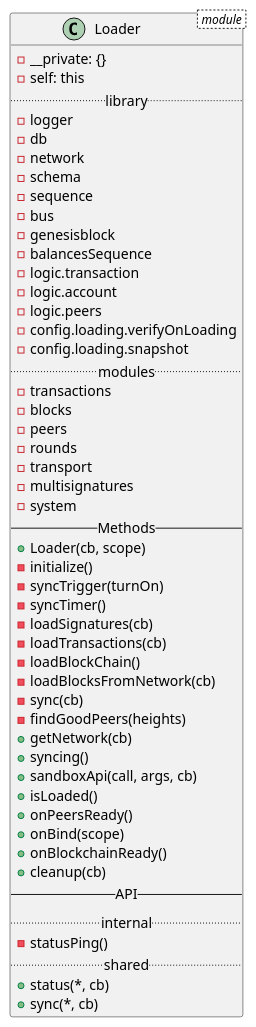
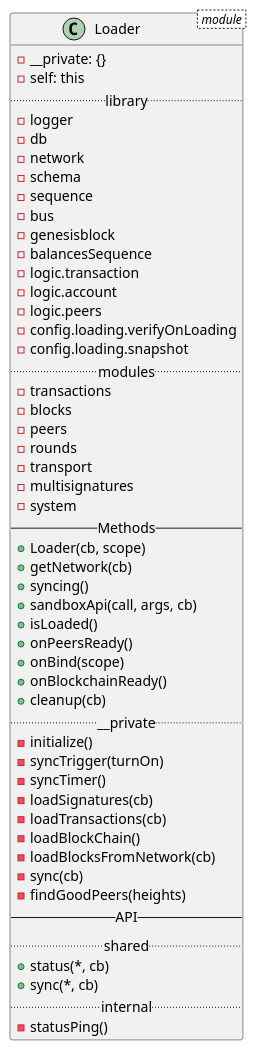
The diagram in class/classes/modules/loader.puml (LucasIsasmendi/lisk-core-plantuml), drawn with PlantUML before and after one commit. The commit also changed 18 other files, not shown here.

```diff
--- a/class/classes/modules/loader.puml
+++ b/class/classes/modules/loader.puml
@@ -1,53 +1,54 @@
 @startuml
 class Loader < module > {
   - __private: {}
   - self: this
   .. library..
   - logger
   - db
   - network
   - schema
   - sequence
   - bus
   - genesisblock
   - balancesSequence
   - logic.transaction
   - logic.account
   - logic.peers
   - config.loading.verifyOnLoading
   - config.loading.snapshot
   .. modules..
   - transactions
   - blocks
   - peers
   - rounds
   - transport
   - multisignatures
   - system
   -- Methods --
   + Loader(cb, scope)
+  + getNetwork(cb)
+  + syncing()
+  + sandboxApi(call, args, cb)
+  + isLoaded()
+  + onPeersReady()
+  + onBind(scope)
+  + onBlockchainReady()
+  + cleanup(cb)
+  .. __private ..
   - initialize()
   - syncTrigger(turnOn)
   - syncTimer()
   - loadSignatures(cb)
   - loadTransactions(cb)
   - loadBlockChain()
   - loadBlocksFromNetwork(cb)
   - sync(cb)
   - findGoodPeers(heights)
-  + getNetwork(cb)
-  + syncing()
-  + sandboxApi(call, args, cb)
-  + isLoaded()
-  + onPeersReady()
-  + onBind(scope)
-  + onBlockchainReady()
-  + cleanup(cb)
   -- API --
-  .. internal ..
-  - statusPing()
   .. shared ..
   + status(*, cb)
   + sync(*, cb)
+  .. internal ..
+  - statusPing()
 }
 @enduml
```
